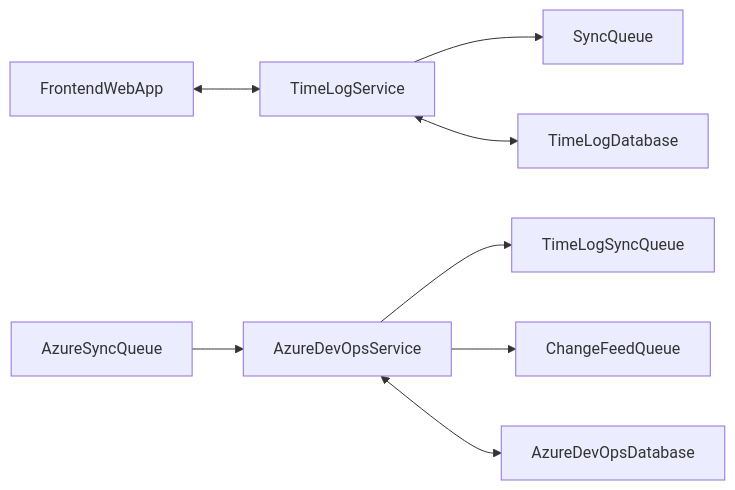
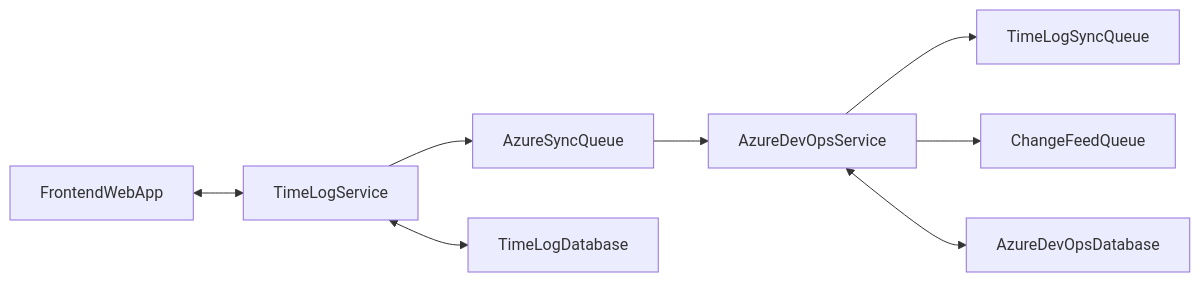
One commit to TunNetCom/TunNetCom-AionTime changed the diagram in README.md. Above: the diagram before and after it, drawn with Mermaid.

````diff
--- a/README.md
+++ b/README.md
@@ -13,10 +13,10 @@
 ```mermaid
 flowchart LR;
     FrontendWebApp <--> TimeLogService;
-    TimeLogService --> SyncQueue;
+    TimeLogService --> AzureSyncQueue;
     AzureSyncQueue --> AzureDevOpsService;
     AzureDevOpsService --> TimeLogSyncQueue
     AzureDevOpsService --> ChangeFeedQueue;
     AzureDevOpsService <--> AzureDevOpsDatabase;
     TimeLogService <--> TimeLogDatabase;
 ```
````
